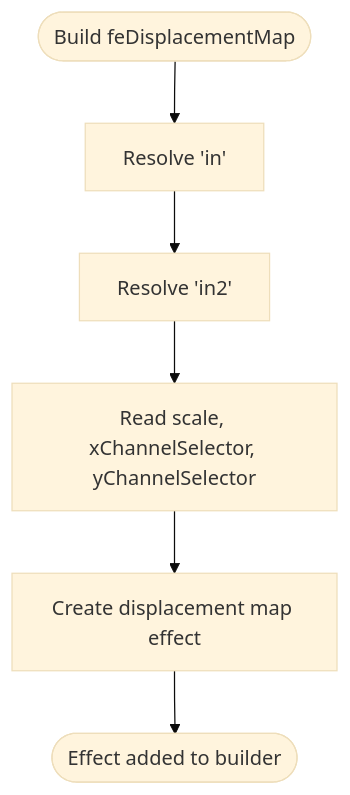
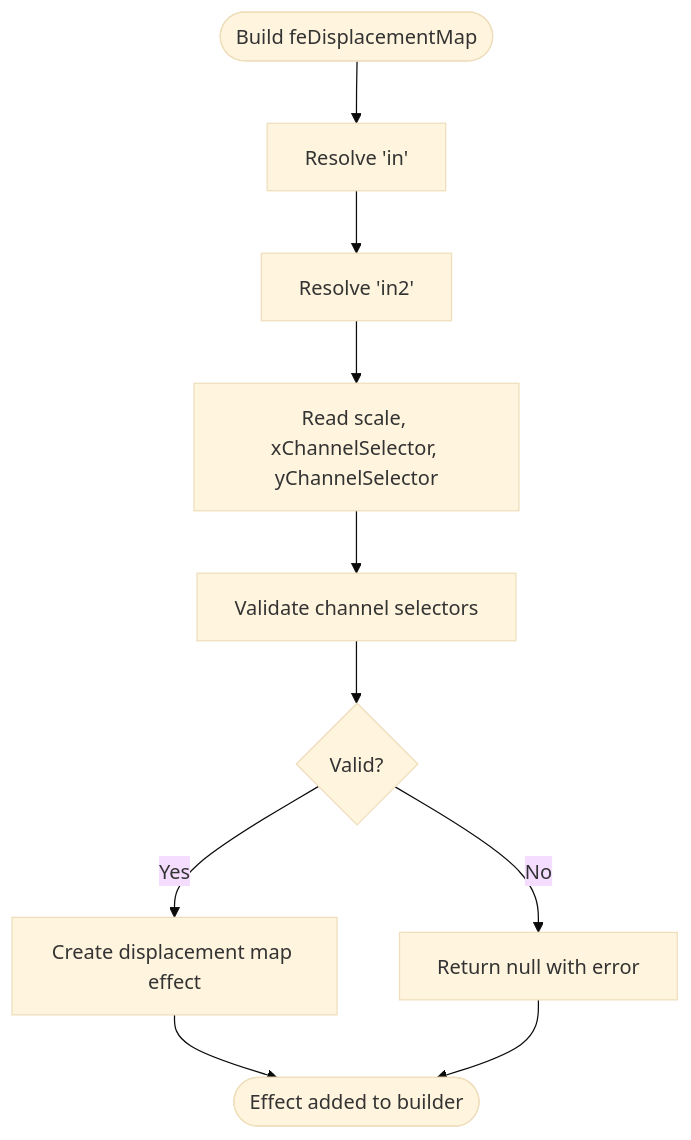
Before and after one commit to denisnadey/flutter_full_svg_support: the fifth of 8 diagrams in .qoder/repowiki/en/content/Animated SVG Support/Advanced Animation Features/SVG Filters and Effects/Built-in Filter Primitives.md, drawn with Mermaid (base theme). The commit also changed other lines of this file and 19 other files, not shown here.

````diff
--- a/.qoder/repowiki/en/content/Animated SVG Support/Advanced Animation Features/SVG Filters and Effects/Built-in Filter Primitives.md
+++ b/.qoder/repowiki/en/content/Animated SVG Support/Advanced Animation Features/SVG Filters and Effects/Built-in Filter Primitives.md
@@ -216,8 +238,12 @@
 ```mermaid
 flowchart TD
 Start(["Build feDisplacementMap"]) --> GetIn["Resolve 'in'"]
 GetIn --> GetIn2["Resolve 'in2'"]
 GetIn2 --> Params["Read scale, xChannelSelector, yChannelSelector"]
-Params --> Create["Create displacement map effect"]
+Params --> Validate["Validate channel selectors"]
+Validate --> Valid{"Valid?"}
+Valid --> |No| Fail["Return null with error"]
+Valid --> |Yes| Create["Create displacement map effect"]
 Create --> End(["Effect added to builder"])
+Fail --> End
 ```
````
